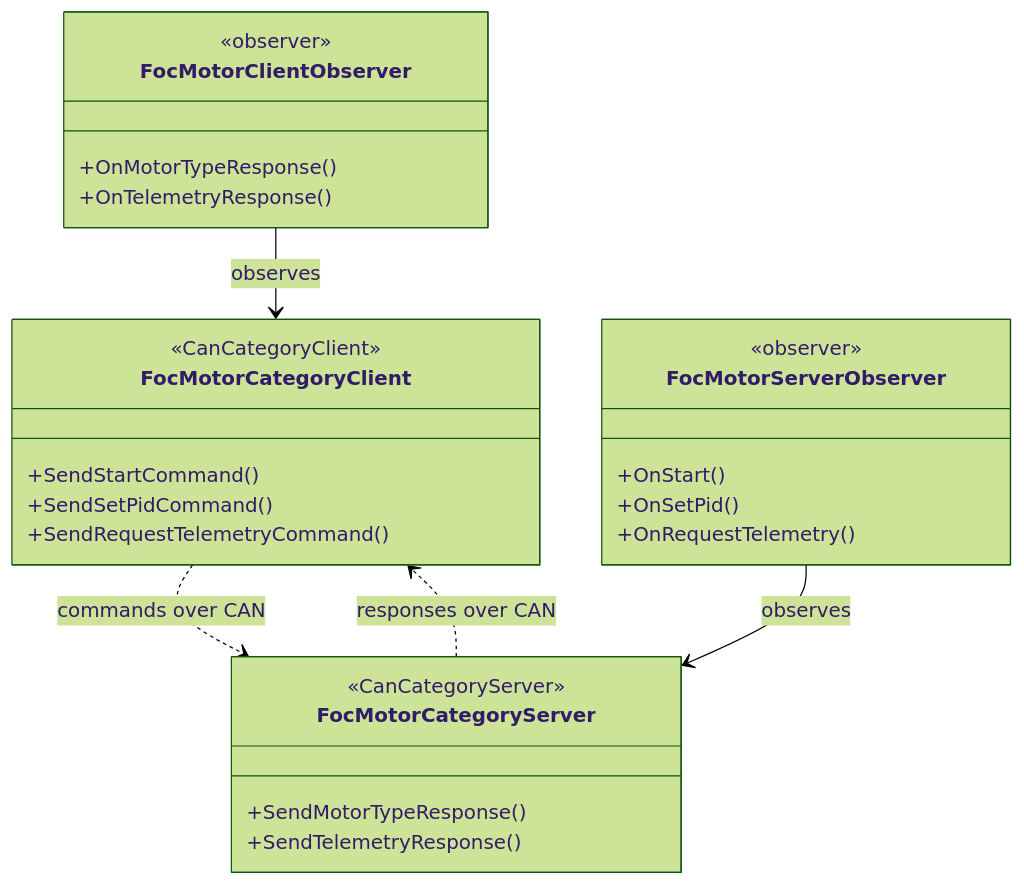
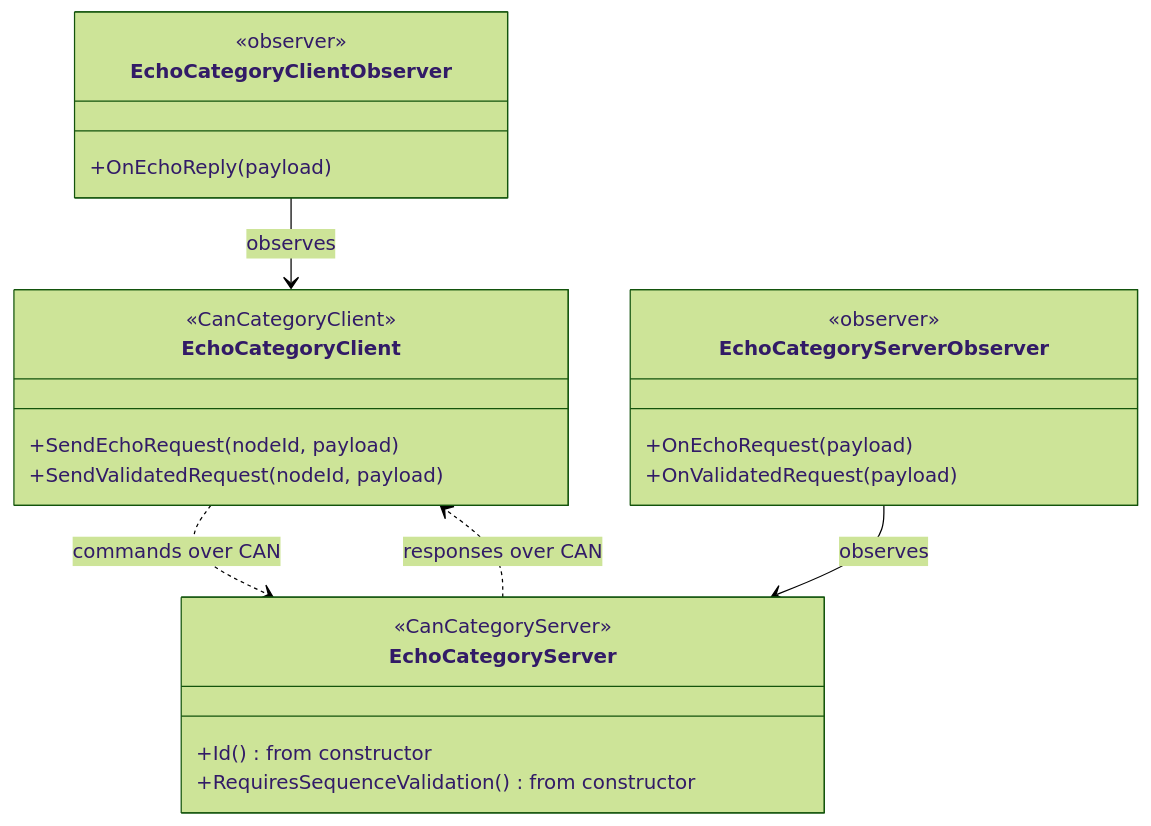
One commit to embedded-pro/can-lite changed the fourth of 4 diagrams in documents/design/architecture.md. Above: the diagram before and after it, drawn with Mermaid (forest theme). The commit also changed other lines of this file and 8 other files, not shown here.

````diff
--- a/documents/design/architecture.md
+++ b/documents/design/architecture.md
@@ -186,33 +226,30 @@
 ```mermaid
 classDiagram
-    class FocMotorCategoryClient {
+    class EchoCategoryClient {
         <<CanCategoryClient>>
-        +SendStartCommand()
-        +SendSetPidCommand()
-        +SendRequestTelemetryCommand()
+        +SendEchoRequest(nodeId, payload)
+        +SendValidatedRequest(nodeId, payload)
     }
 
-    class FocMotorClientObserver {
+    class EchoCategoryClientObserver {
         <<observer>>
-        +OnMotorTypeResponse()
-        +OnTelemetryResponse()
+        +OnEchoReply(payload)
     }
 
-    class FocMotorCategoryServer {
+    class EchoCategoryServer {
         <<CanCategoryServer>>
-        +SendMotorTypeResponse()
-        +SendTelemetryResponse()
+        +Id() from constructor
+        +RequiresSequenceValidation() from constructor
     }
 
-    class FocMotorServerObserver {
+    class EchoCategoryServerObserver {
         <<observer>>
-        +OnStart()
-        +OnSetPid()
-        +OnRequestTelemetry()
+        +OnEchoRequest(payload)
+        +OnValidatedRequest(payload)
     }
 
-    FocMotorCategoryClient ..> FocMotorCategoryServer : commands over CAN
-    FocMotorCategoryServer ..> FocMotorCategoryClient : responses over CAN
-    FocMotorClientObserver --> FocMotorCategoryClient : observes
-    FocMotorServerObserver --> FocMotorCategoryServer : observes
+    EchoCategoryClient ..> EchoCategoryServer : commands over CAN
+    EchoCategoryServer ..> EchoCategoryClient : responses over CAN
+    EchoCategoryClientObserver --> EchoCategoryClient : observes
+    EchoCategoryServerObserver --> EchoCategoryServer : observes
 ```
````
